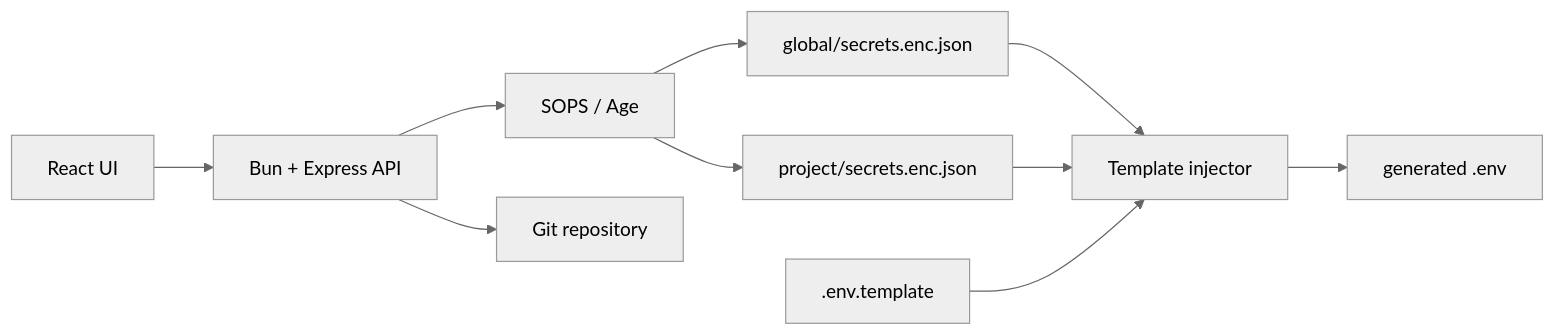
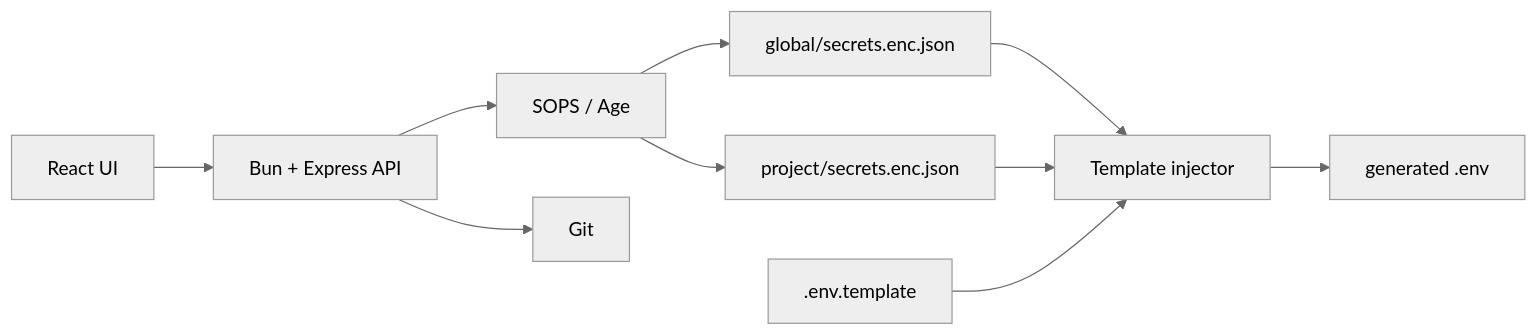
Before and after one commit to Sofian-bll/Rage-UI: the diagram in README.md, drawn with Mermaid (neutral theme). The commit also changed other lines of this file and 2 other files, not shown here.

````diff
--- a/README.md
+++ b/README.md
@@ -50,12 +25,12 @@
 ```mermaid
 graph LR
     UI[React UI] --> API[Bun + Express API]
     API --> SOPS[SOPS / Age]
-    API --> Git[Git repository]
+    API --> Git[Git]
     SOPS --> Global[global/secrets.enc.json]
     SOPS --> Project[project/secrets.enc.json]
-    Global --> Injector[Template injector]
-    Project --> Injector
-    Template[.env.template] --> Injector
-    Injector --> Env[generated .env]
+    Global --> Inject[Template injector]
+    Project --> Inject
+    Template[.env.template] --> Inject
+    Inject --> Env[generated .env]
 ```
````
